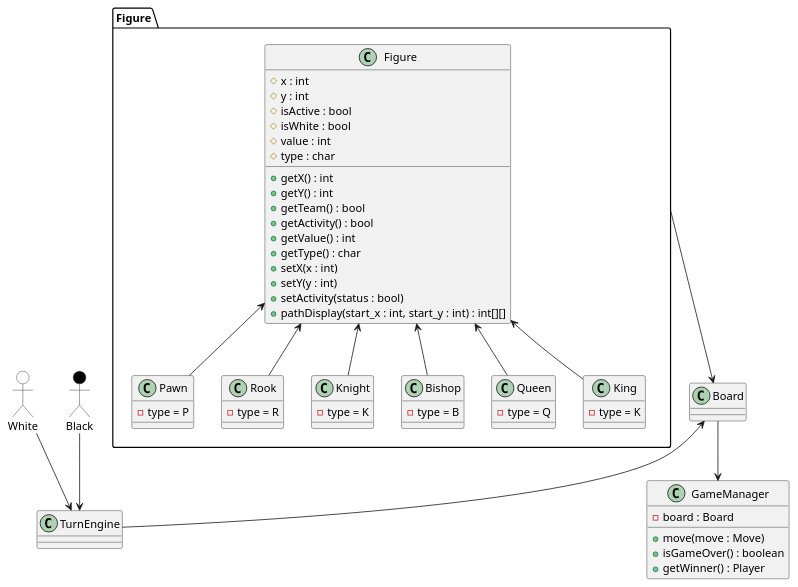
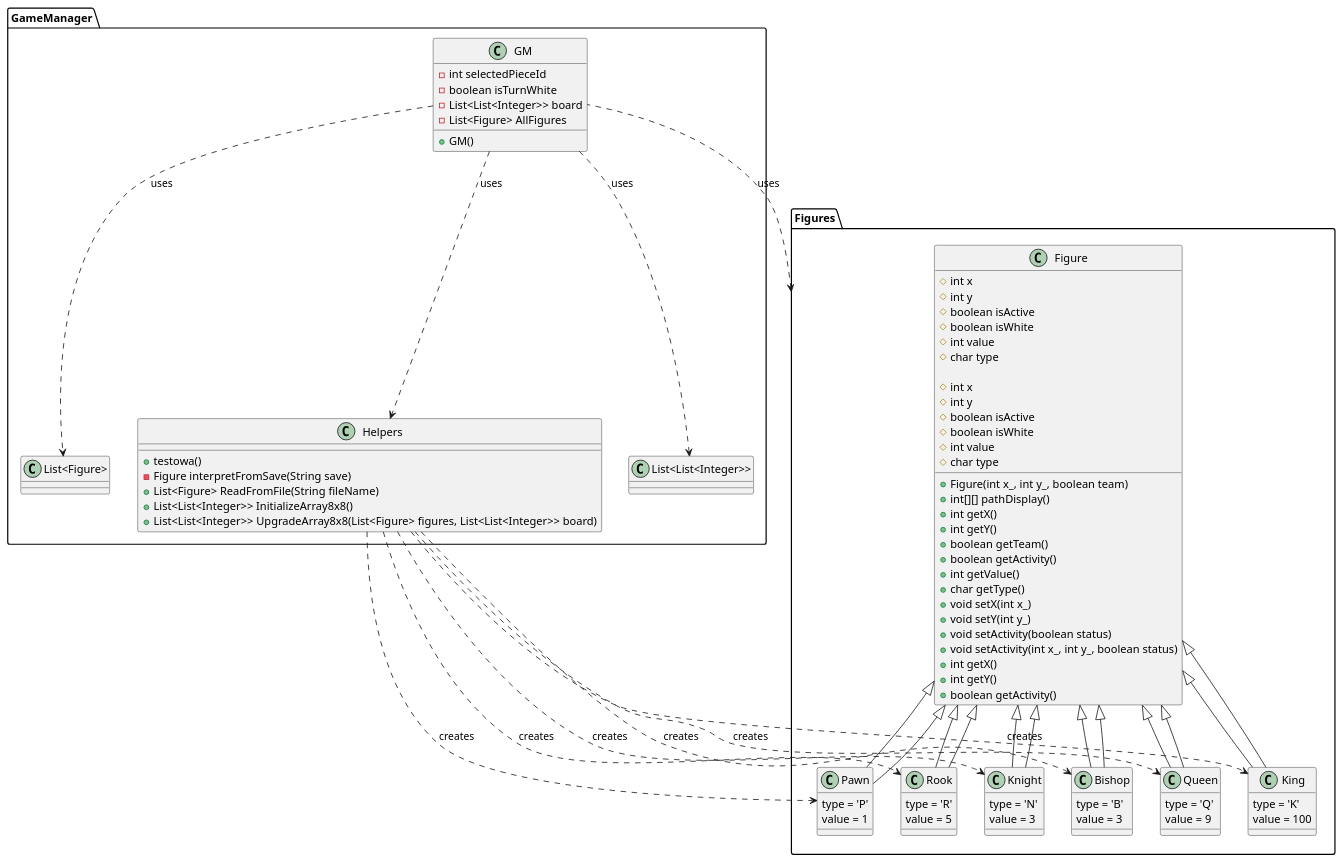
The diagram in README.md (mirai-ux/czeski_szach), drawn with PlantUML before and after one commit. The commit also changed 3 other files, not shown here.

First line of the commit message:
feat(uml): added gamemanager class diagram

````diff
--- a/README.md
+++ b/README.md
@@ -10,70 +10,107 @@
 ```plantuml
 @startuml
-allowmixing
-class Figure.Figure {
-    # x : int
-    # y : int
-    # isActive : bool
-    # isWhite : bool
-    # value : int
-    # type : char
+package Figures {
 
-    + getX() : int
-    + getY() : int
-    + getTeam() : bool
-    + getActivity() : bool
-    + getValue() : int
-    + getType() : char
-    + setX(x : int)
-    + setY(y : int)
-    + setActivity(status : bool)
-    + pathDisplay(start_x : int, start_y : int) : int[][]
+    abstract class Figure {
+        # int x
+        # int y
+        # boolean isActive
+        # boolean isWhite
+        # int value
+        # char type
+
+        + Figure(int x_, int y_, boolean team)
+        + int[][] pathDisplay()
+        + int getX()
+        + int getY()
+        + boolean getTeam()
+        + boolean getActivity()
+        + int getValue()
+        + char getType()
+        + void setX(int x_)
+        + void setY(int y_)
+        + void setActivity(boolean status)
+        + void setActivity(int x_, int y_, boolean status)
+    }
+    Figure <|-- Pawn
+    Figure <|-- Rook
+    Figure <|-- Knight
+    Figure <|-- Bishop
+    Figure <|-- Queen
+    Figure <|-- King
+
+    Pawn : type = 'P'
+    Pawn : value = 1
+    Rook : type = 'R'
+    Rook : value = 5
+    Knight : type = 'N'
+    Knight : value = 3
+    Bishop : type = 'B'
+    Bishop : value = 3
+    Queen : type = 'Q'
+    Queen : value = 9
+    King : type = 'K'
+    King : value = 100
 }
-class Figure.Pawn {
-    - type = P
+package Figures {
+    class Figure {
+        # int x
+        # int y
+        # boolean isActive
+        # boolean isWhite
+        # int value
+        # char type
+
+        + int getX()
+        + int getY()
+        + boolean getActivity()
+    }
+
+    class Rook
+    class Knight
+    class Bishop
+    class King
+    class Queen
+    class Pawn
+
+    Figure <|-- Rook
+    Figure <|-- Knight
+    Figure <|-- Bishop
+    Figure <|-- King
+    Figure <|-- Queen
+    Figure <|-- Pawn
 }
-class Figure.Rook {
-    - type = R
-}
-class Figure.Knight {
-    - type = K
-}
-class Figure.Bishop {
-    - type = B
-}
-class Figure.Queen {
-    - type = Q
-}
-class Figure.King {
-    - type = K
-}
-class GameManager {
-    - board : Board
-    + move(move : Move)
-    + isGameOver() : boolean
-    + getWinner() : Player
+package GameManager {
+
+    class GM {
+        - int selectedPieceId
+        - boolean isTurnWhite
+        - List<List<Integer>> board
+        - List<Figure> AllFigures
+
+        + GM()
+    }
+
+    class Helpers {
+        + testowa()
+        - Figure interpretFromSave(String save)
+        + List<Figure> ReadFromFile(String fileName)
+        + List<List<Integer>> InitializeArray8x8()
+        + List<List<Integer>> UpgradeArray8x8(List<Figure> figures, List<List<Integer>> board)
+    }
+
+    GM ..> Helpers : uses
+    GM .l.> Figures : uses
+    GM ..> "List<List<Integer>>" : uses
+    GM ..> "List<Figure>" : uses
 }
 
-class Board
-class TurnEngine
 
-actor White #white
-actor Black #black
-
-White --> TurnEngine
-Black --> TurnEngine
-
-TurnEngine -u-> Board
-
-Figure --> Board
-Board --> GameManager
-Figure.Figure <-d- Figure.Pawn
-Figure.Figure <-d- Figure.Rook
-Figure.Figure <-d- Figure.Knight
-Figure.Figure <-d- Figure.Bishop
-Figure.Figure <-d- Figure.Queen
-Figure.Figure <-d- Figure.King
-
-
+Helpers ..> Rook : creates
+Helpers ..> Knight : creates
+Helpers ..> Bishop : creates
+Helpers ..> King : creates
+Helpers ..> Queen : creates
+Helpers ..> Pawn : creates
 @enduml
 ```
````
